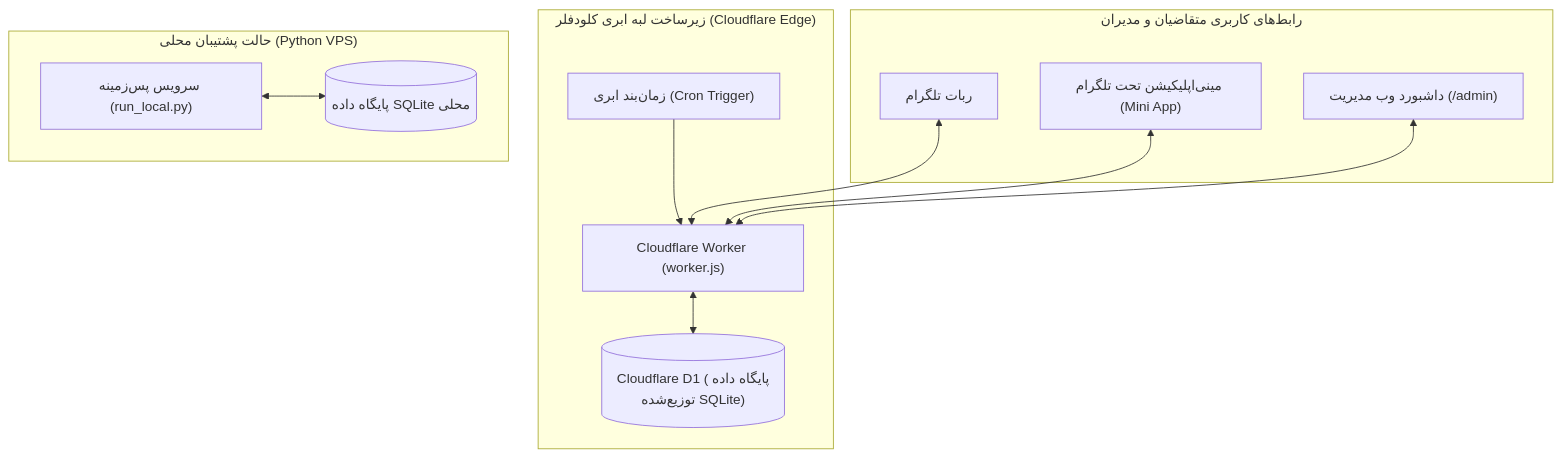
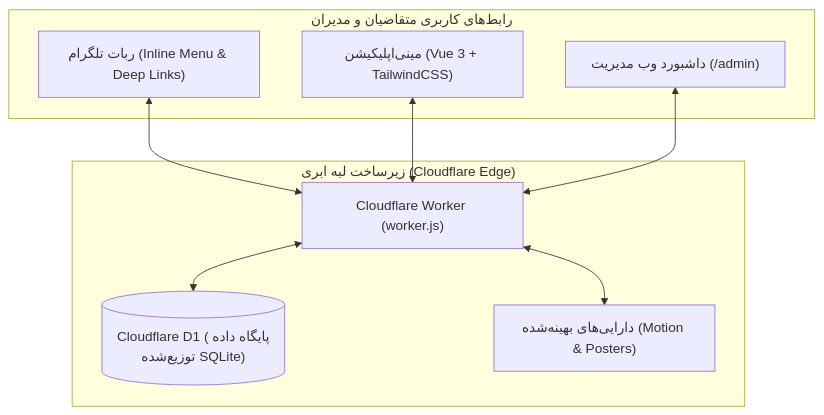
The diagram in README.md (Ezatullah-Ar/limo-cafe-bot), drawn with Mermaid before and after one commit. The commit also changed other lines of this file, not shown here.

Commit message:
docs: revamp comprehensive README with latest capabilities and future roadmap

````diff
--- a/README.md
+++ b/README.md
@@ -67,26 +72,20 @@
 ```mermaid
 flowchart TD
     subgraph Clients["رابط‌های کاربری متقاضیان و مدیران"]
-        TG["ربات تلگرام"]
-        TMA["مینی‌اپلیکیشن تحت تلگرام (Mini App)"]
+        TG["ربات تلگرام (Inline Menu & Deep Links)"]
+        TMA["مینی‌اپلیکیشن (Vue 3 + TailwindCSS)"]
         ADM["داشبورد وب مدیریت (/admin)"]
     end
 
-    subgraph Edge["زیرساخت لبه ابری کلودفلر (Cloudflare Edge)"]
+    subgraph Edge["زیرساخت لبه ابری (Cloudflare Edge)"]
         CFW["Cloudflare Worker (worker.js)"]
         D1[("Cloudflare D1 (پایگاه داده توزیع‌شده SQLite)")]
-        CRON["زمان‌بند ابری (Cron Trigger)"]
+        ASSETS["دارایی‌های بهینه‌شده (Motion & Posters)"]
         CFW <--> D1
-        CRON --> CFW
-    end
-
-    subgraph Standby["حالت پشتیبان محلی (Python VPS)"]
-        PYD["سرویس پس‌زمینه (run_local.py)"]
-        LDB[("پایگاه داده SQLite محلی")]
-        PYD <--> LDB
+        CFW <--> ASSETS
     end
 
     TG <--> CFW
     TMA <--> CFW
     ADM <--> CFW
 ```
````
